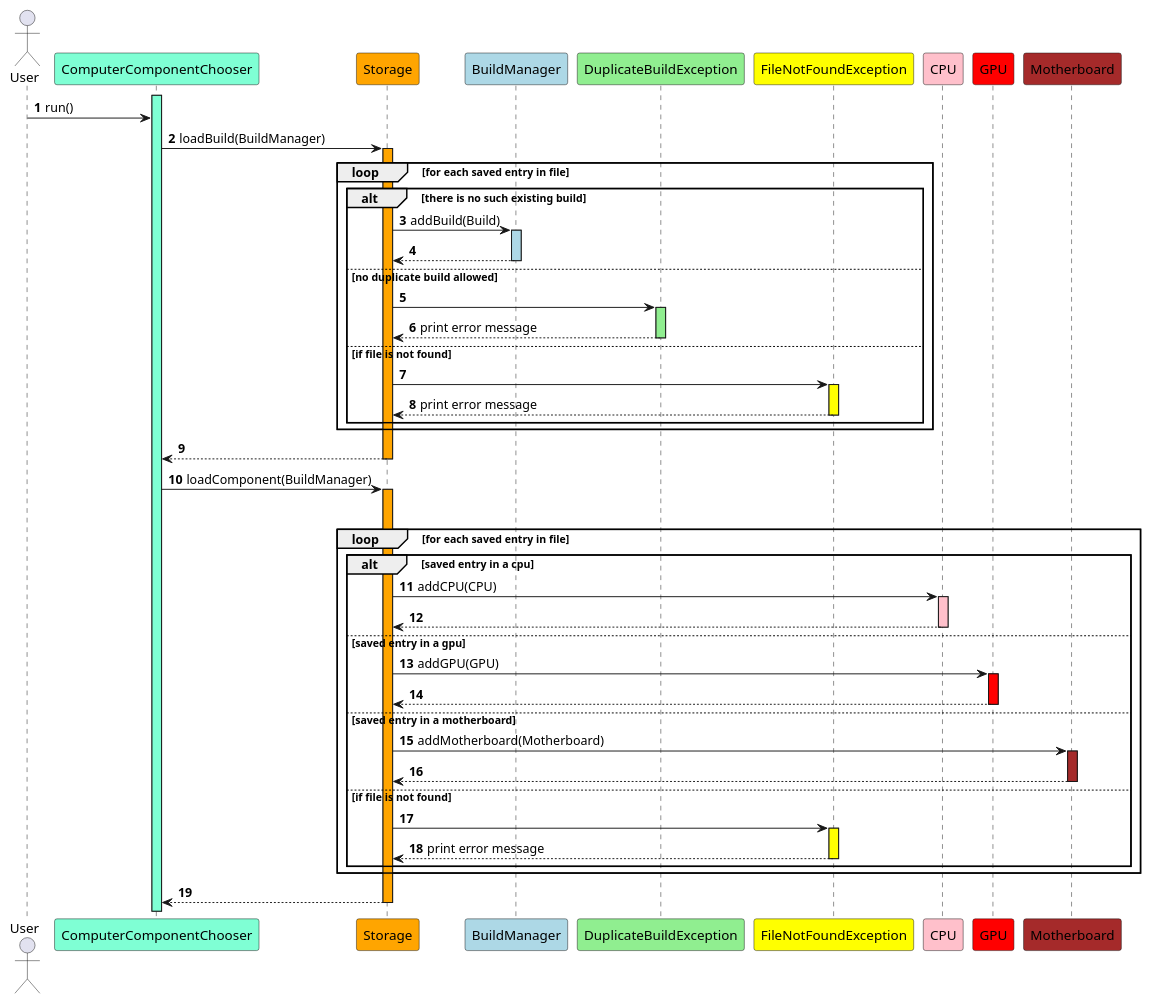
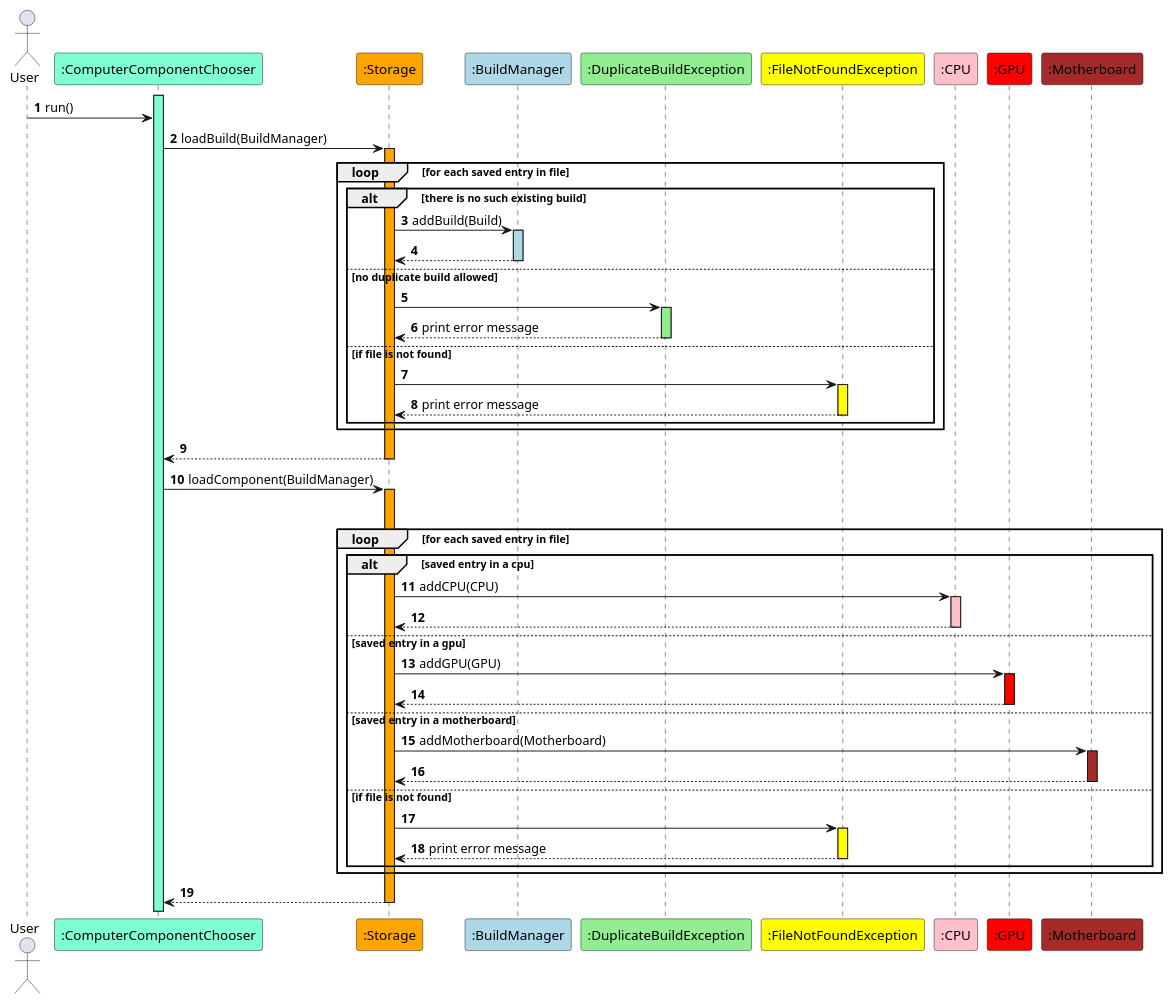
The diagram in docs/puml/StorageLoadSequence.puml (nus-cs2113-AY2223S1/tp), drawn with PlantUML before and after one commit. The commit also changed 22 other files, not shown here.

```diff
--- a/docs/puml/StorageLoadSequence.puml
+++ b/docs/puml/StorageLoadSequence.puml
@@ -1,69 +1,69 @@
 @startuml
 'https://plantuml.com/sequence-diagram
 
 autonumber
 
 Actor User
-Participant "ComputerComponentChooser" as ComputerComponentChooser #AquaMarine
-Participant "Storage" as Storage #Orange
-Participant "BuildManager" as BuildManager #LightBlue
-Participant "DuplicateBuildException" as DuplicateBuildException #LightGreen
-Participant "FileNotFoundException" as FileNotFoundException #Yellow
-Participant "CPU" as CPU #Pink
-Participant "GPU" as GPU #red
-Participant "Motherboard" as Motherboard #Brown
+Participant ":ComputerComponentChooser" as ComputerComponentChooser #AquaMarine
+Participant ":Storage" as Storage #Orange
+Participant ":BuildManager" as BuildManager #LightBlue
+Participant ":DuplicateBuildException" as DuplicateBuildException #LightGreen
+Participant ":FileNotFoundException" as FileNotFoundException #Yellow
+Participant ":CPU" as CPU #Pink
+Participant ":GPU" as GPU #red
+Participant ":Motherboard" as Motherboard #Brown
 
 activate ComputerComponentChooser #AquaMarine
 User -> ComputerComponentChooser: run()
 ComputerComponentChooser -> Storage: loadBuild(BuildManager)
 activate Storage #Orange
 
 loop for each saved entry in file
     alt there is no such existing build
         Storage -> BuildManager: addBuild(Build)
         activate BuildManager #LightBlue
         return
     else no duplicate build allowed
         Storage -> DuplicateBuildException
         activate DuplicateBuildException #LightGreen
         return print error message
     else if file is not found
         Storage -> FileNotFoundException
         activate FileNotFoundException #Yellow
         return print error message
     end
 end
 return
 
 ComputerComponentChooser -> Storage: loadComponent(BuildManager)
 activate Storage #Orange
 loop for each build in BuildManager
     loop for each saved entry in file
         alt saved entry in a cpu
             Storage -> CPU: addCPU(CPU)
             activate CPU #Pink
             return
         else saved entry in a gpu
             Storage -> GPU: addGPU(GPU)
             activate GPU #red
             return
         else saved entry in a motherboard
             Storage -> Motherboard: addMotherboard(Motherboard)
             activate Motherboard #Brown
             return
         else if file is not found
                 Storage -> FileNotFoundException
                 activate FileNotFoundException #Yellow
                 return print error message
     end
 end
 
 return
 
 
 
 
 
 
 
 @enduml
```
